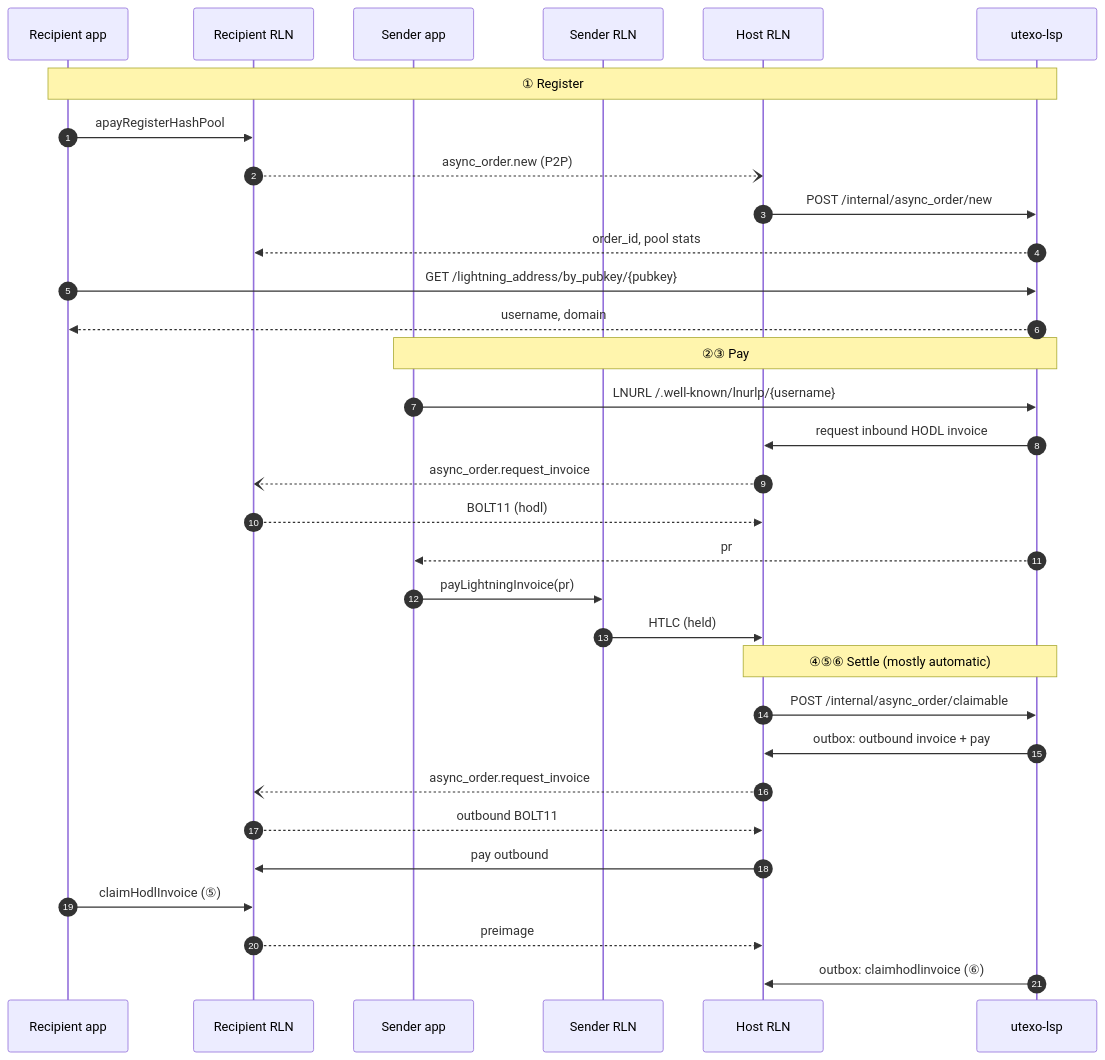
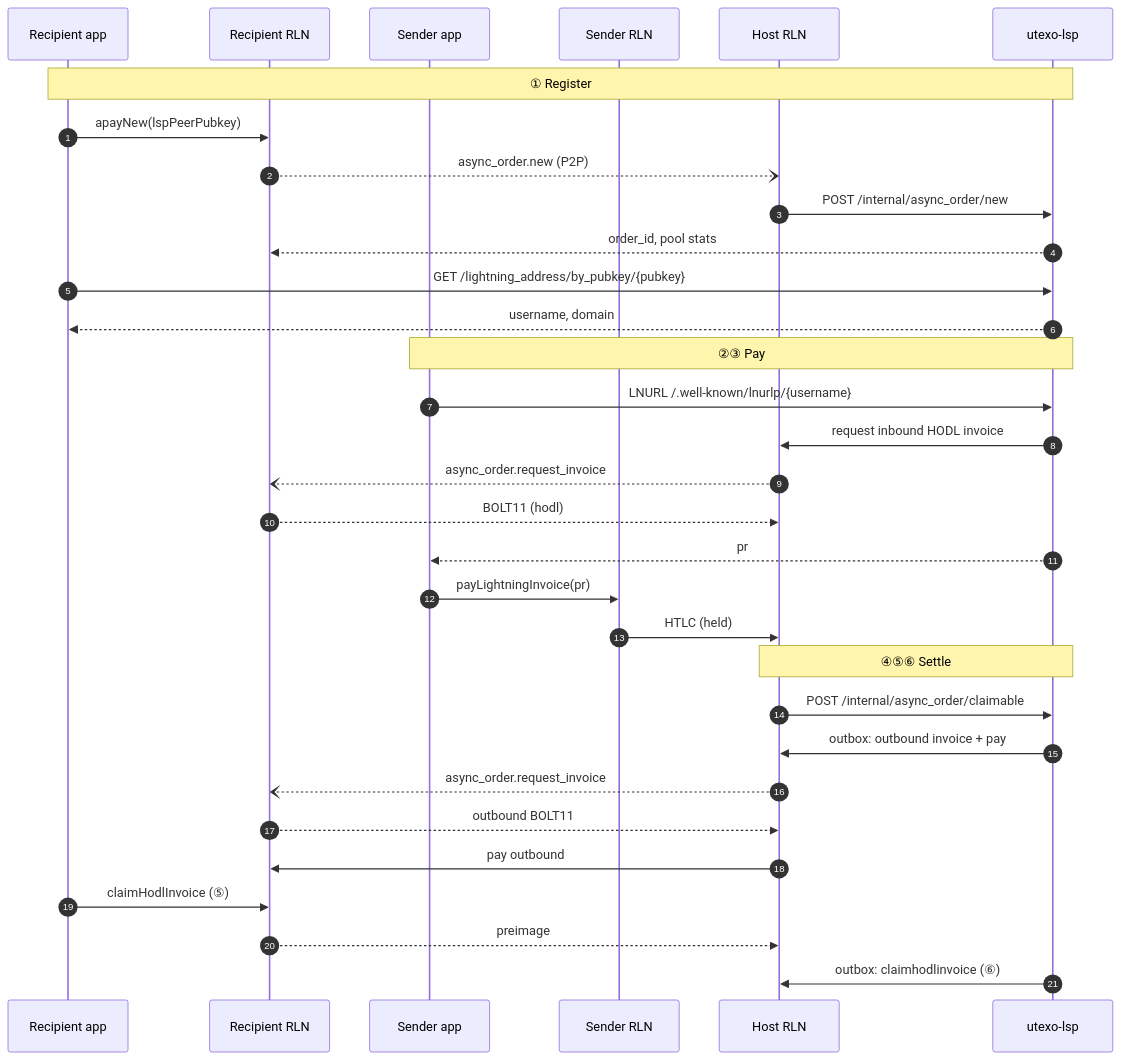
Before and after one commit to UTEXO-Protocol/rgb-sdk-rn: the second of 2 diagrams in docs/async-payments.md, drawn with Mermaid. The commit also changed other lines of this file and 12 other files, not shown here.

````diff
--- a/docs/async-payments.md
+++ b/docs/async-payments.md
@@ -63,37 +59,37 @@
 ```mermaid
 sequenceDiagram
   autonumber
   participant RB as Recipient app
   participant RR as Recipient RLN
   participant SA as Sender app
   participant SR as Sender RLN
   participant H as Host RLN
   participant L as utexo-lsp
 
   Note over RB,L: ① Register
-  RB->>RR: apayRegisterHashPool
+  RB->>RR: apayNew(lspPeerPubkey)
   RR--)H: async_order.new (P2P)
   H->>L: POST /internal/async_order/new
   L-->>RR: order_id, pool stats
   RB->>L: GET /lightning_address/by_pubkey/{pubkey}
   L-->>RB: username, domain
 
   Note over SA,L: ②③ Pay
   SA->>L: LNURL /.well-known/lnurlp/{username}
   L->>H: request inbound HODL invoice
   H--)RR: async_order.request_invoice
   RR-->>H: BOLT11 (hodl)
   L-->>SA: pr
   SA->>SR: payLightningInvoice(pr)
   SR->>H: HTLC (held)
 
-  Note over H,L: ④⑤⑥ Settle (mostly automatic)
+  Note over H,L: ④⑤⑥ Settle
   H->>L: POST /internal/async_order/claimable
   L->>H: outbox: outbound invoice + pay
   H--)RR: async_order.request_invoice
   RR-->>H: outbound BOLT11
   H->>RR: pay outbound
   RB->>RR: claimHodlInvoice (⑤)
   RR-->>H: preimage
   L->>H: outbox: claimhodlinvoice (⑥)
 ```
````
